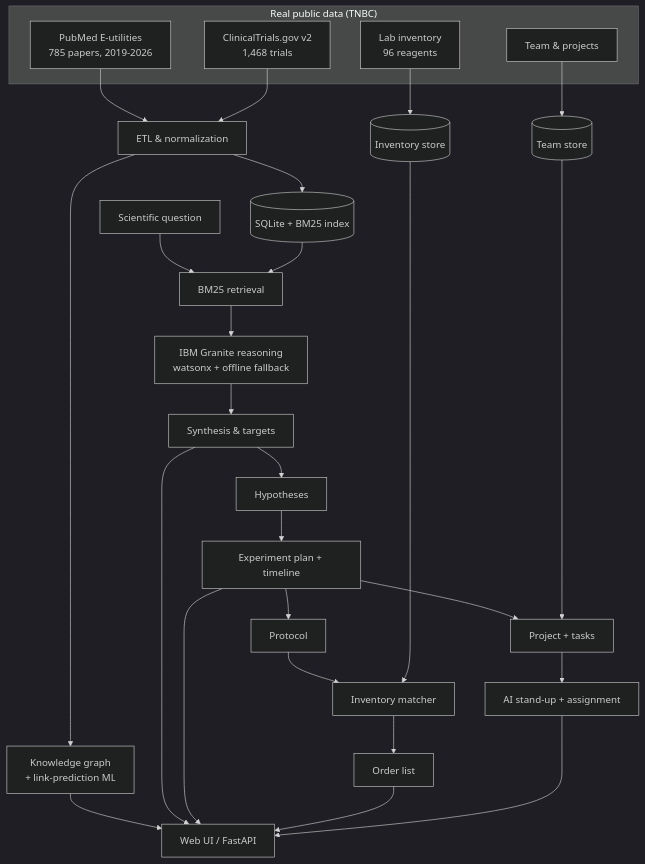
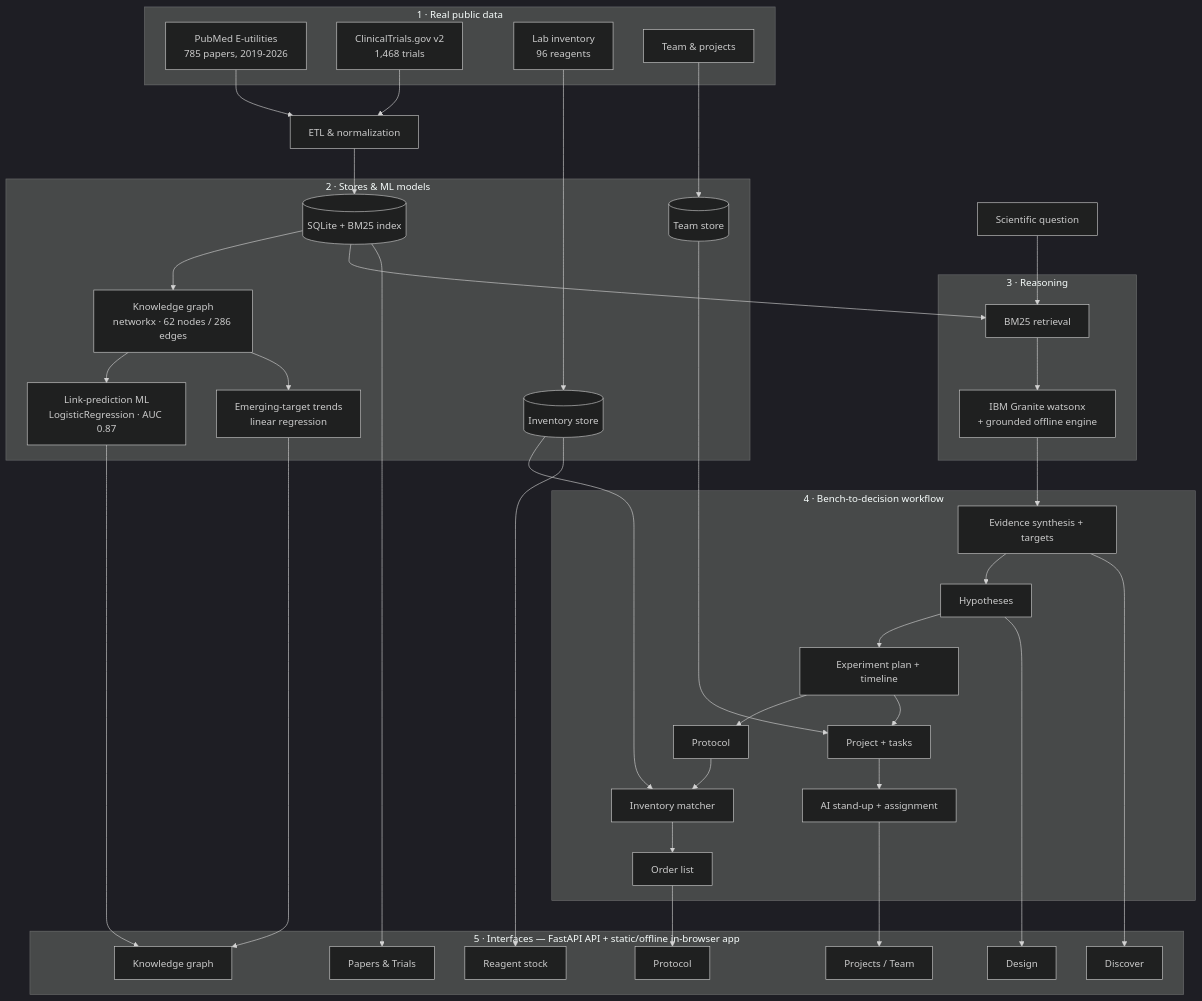
Before and after one commit to Lipskerov/benchpilot: the diagram in README.md, drawn with Mermaid (dark theme). The commit also changed 1 other file, not shown here.

Commit message:
docs: submission-ready README (scientist story + real metrics); fix: mobile-responsive layout
- Rewrite README with first-person scientist intro and measured metrics
- Restructure architecture diagram with numbered workflow stages
- Add landing demo option chip styling for better UX
- Replace unverifiable claims with defensible framing
- Map mobile-responsive fixes to real CSS classes

````diff
--- a/README.md
+++ b/README.md
@@ -93,30 +93,66 @@
 ```mermaid
 flowchart TD
-    subgraph Sources["Real public data (TNBC)"]
+    subgraph DATA["1 · Real public data"]
         P[PubMed E-utilities<br/>785 papers, 2019-2026]
         A[ClinicalTrials.gov v2<br/>1,468 trials]
         I[Lab inventory<br/>96 reagents]
         T[Team & projects]
     end
+
+    subgraph STORE["2 · Stores & ML models"]
+        DB[(SQLite + BM25 index)]
+        KG[Knowledge graph<br/>networkx · 62 nodes / 286 edges]
+        ML[Link-prediction ML<br/>LogisticRegression · AUC 0.87]
+        TR[Emerging-target trends<br/>linear regression]
+        INV[(Inventory store)]
+        TEAM[(Team store)]
+    end
     P --> ETL[ETL & normalization]
     A --> ETL
-    ETL --> DB[(SQLite + BM25 index)]
-    ETL --> KG[Knowledge graph<br/>+ link-prediction ML]
-    I --> INV[(Inventory store)]
-    T --> TEAM[(Team store)]
+    ETL --> DB
+    DB --> KG --> ML
+    KG --> TR
+    I --> INV
+    T --> TEAM
 
-    Q[Scientific question] --> RET[BM25 retrieval]
-    DB --> RET
-    RET --> GRAN[IBM Granite reasoning<br/>watsonx + offline fallback]
-    GRAN --> SYN[Synthesis & targets]
-    SYN --> HYP[Hypotheses] --> PLAN[Experiment plan + timeline]
-    PLAN --> PROT[Protocol] --> MATCH[Inventory matcher] --> ORDER[Order list]
+    subgraph REASON["3 · Reasoning"]
+        RET[BM25 retrieval]
+        GRAN[IBM Granite watsonx<br/>+ grounded offline engine]
+    end
+    Q[Scientific question] --> RET
+    DB --> RET --> GRAN
+
+    subgraph FLOW["4 · Bench-to-decision workflow"]
+        SYN[Evidence synthesis + targets]
+        HYP[Hypotheses]
+        PLAN[Experiment plan + timeline]
+        PROT[Protocol]
+        MATCH[Inventory matcher]
+        ORDER[Order list]
+        PROJ[Project + tasks]
+        STAND[AI stand-up + assignment]
+    end
+    GRAN --> SYN --> HYP --> PLAN
+    PLAN --> PROT --> MATCH --> ORDER
     INV --> MATCH
-    PLAN --> PROJ[Project + tasks]
-    TEAM --> PROJ --> STAND[AI stand-up + assignment]
-    KG --> UI[Web UI / FastAPI]
-    SYN --> UI
-    PLAN --> UI
-    ORDER --> UI
-    STAND --> UI
+    PLAN --> PROJ
+    TEAM --> PROJ --> STAND
+
+    subgraph UI["5 · Interfaces — FastAPI API + static/offline in-browser app"]
+        D1[Discover]
+        D2[Design]
+        D3[Protocol]
+        D4[Papers & Trials]
+        D5[Knowledge graph]
+        D6[Reagent stock]
+        D7[Projects / Team]
+    end
+    SYN --> D1
+    HYP --> D2
+    ORDER --> D3
+    DB --> D4
+    ML --> D5
+    TR --> D5
+    INV --> D6
+    STAND --> D7
 ```
````
